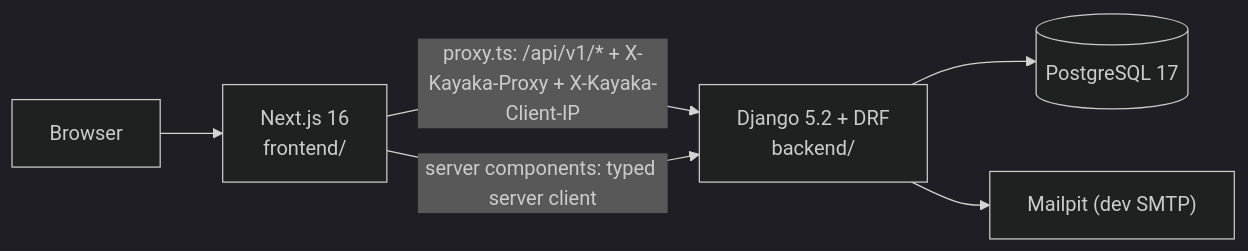
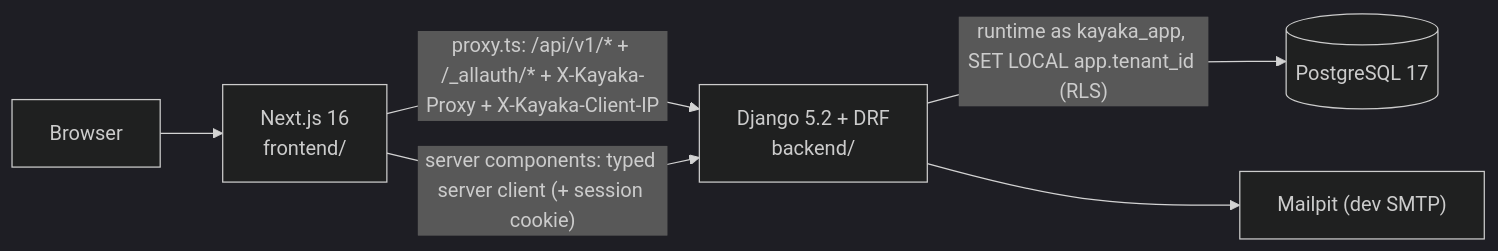
One commit to 188charan/kayaka changed the first of 2 diagrams in docs/architecture/overview.md. Above: the diagram before and after it, drawn with Mermaid (dark theme). The commit also changed other lines of this file and 66 other files, not shown here.

````diff
--- a/docs/architecture/overview.md
+++ b/docs/architecture/overview.md
@@ -9,8 +16,8 @@
 ```mermaid
 flowchart LR
     B[Browser] --> N["Next.js 16<br/>frontend/"]
-    N -- "proxy.ts: /api/v1/* + X-Kayaka-Proxy + X-Kayaka-Client-IP" --> D["Django 5.2 + DRF<br/>backend/"]
-    N -- "server components: typed server client" --> D
-    D --> P[(PostgreSQL 17)]
+    N -- "proxy.ts: /api/v1/* + /_allauth/* + X-Kayaka-Proxy + X-Kayaka-Client-IP" --> D["Django 5.2 + DRF<br/>backend/"]
+    N -- "server components: typed server client (+ session cookie)" --> D
+    D -- "runtime as kayaka_app, SET LOCAL app.tenant_id (RLS)" --> P[(PostgreSQL 17)]
     D --> M["Mailpit (dev SMTP)"]
 ```
````
